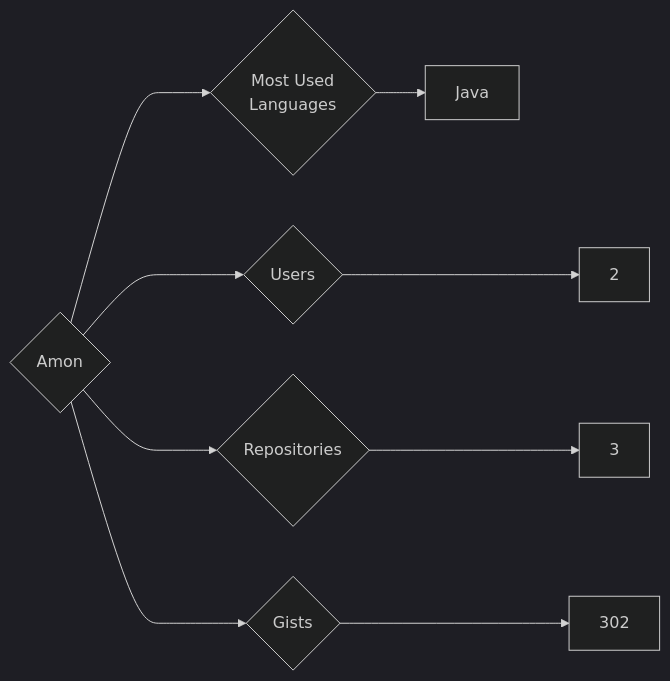
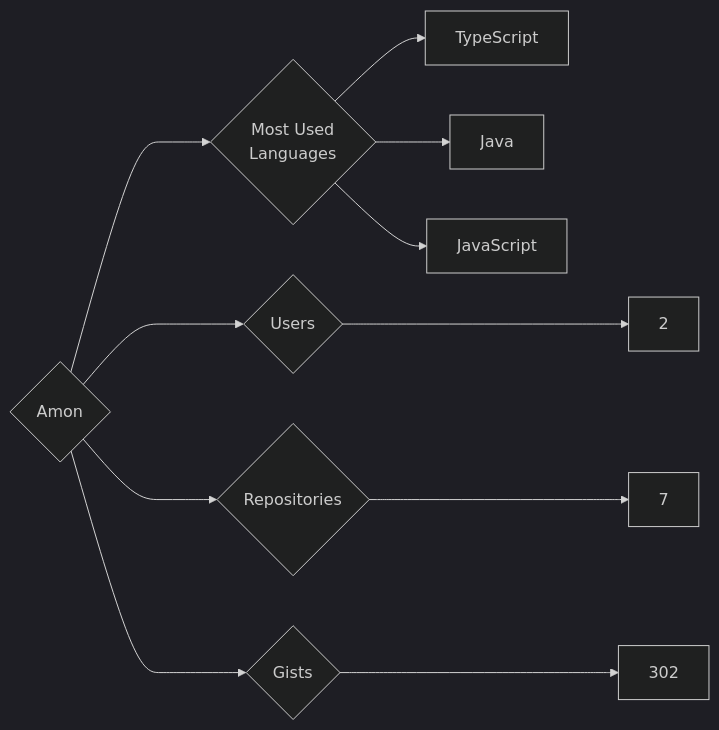
The diagram in targets/Amon/README.md (trickest/insiders), drawn with Mermaid (dark theme) before and after one commit. The commit also changed 1120 other files, not shown here.

````diff
--- a/targets/Amon/README.md
+++ b/targets/Amon/README.md
@@ -3,9 +3,11 @@
 ```mermaid
 graph LR
 COMPANY_NAME{Amon}
 COMPANY_NAME ---> U{Users} ---> UN[2]
-COMPANY_NAME ---> R{Repositories} ---> RN[3]
+COMPANY_NAME ---> R{Repositories} ---> RN[7]
 COMPANY_NAME ---> G{Gists} ---> GN[302]
 COMPANY_NAME ---> ML{Most Used<br>Languages}
+ML --> TypeScript[TypeScript]
 ML --> Java[Java]
+ML --> JavaScript[JavaScript]
 ```
````
